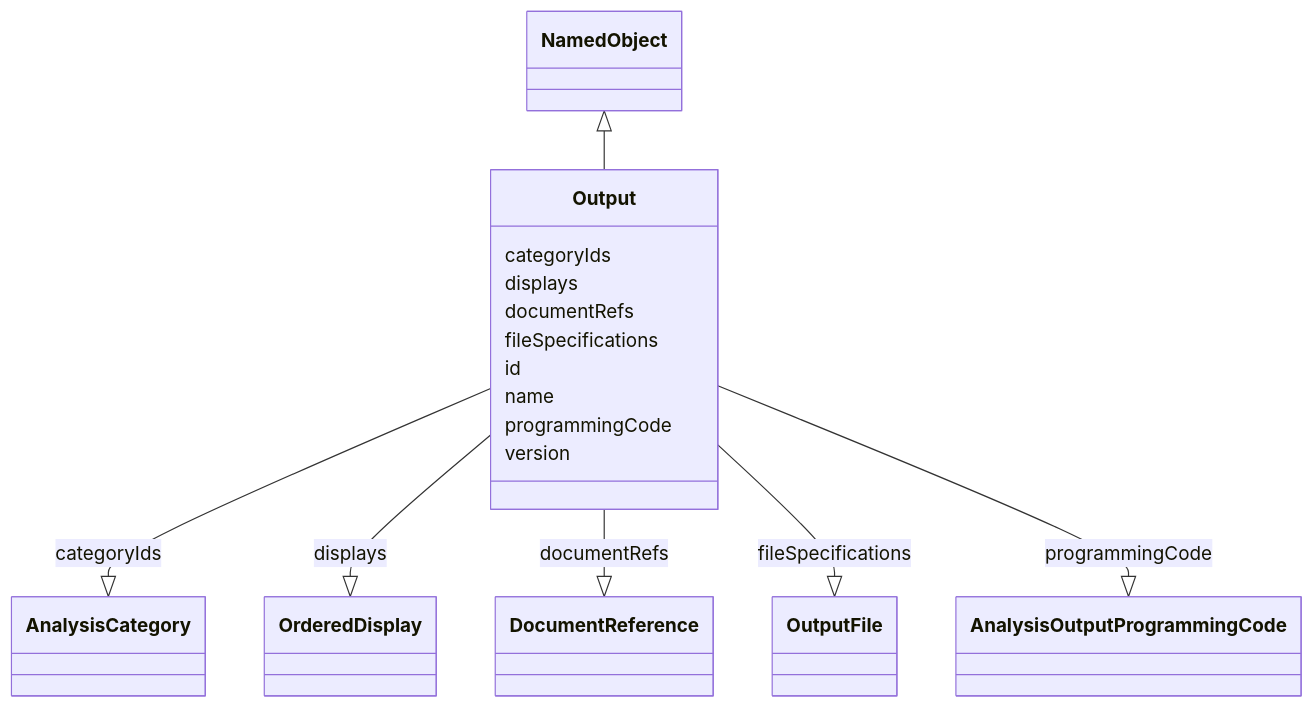
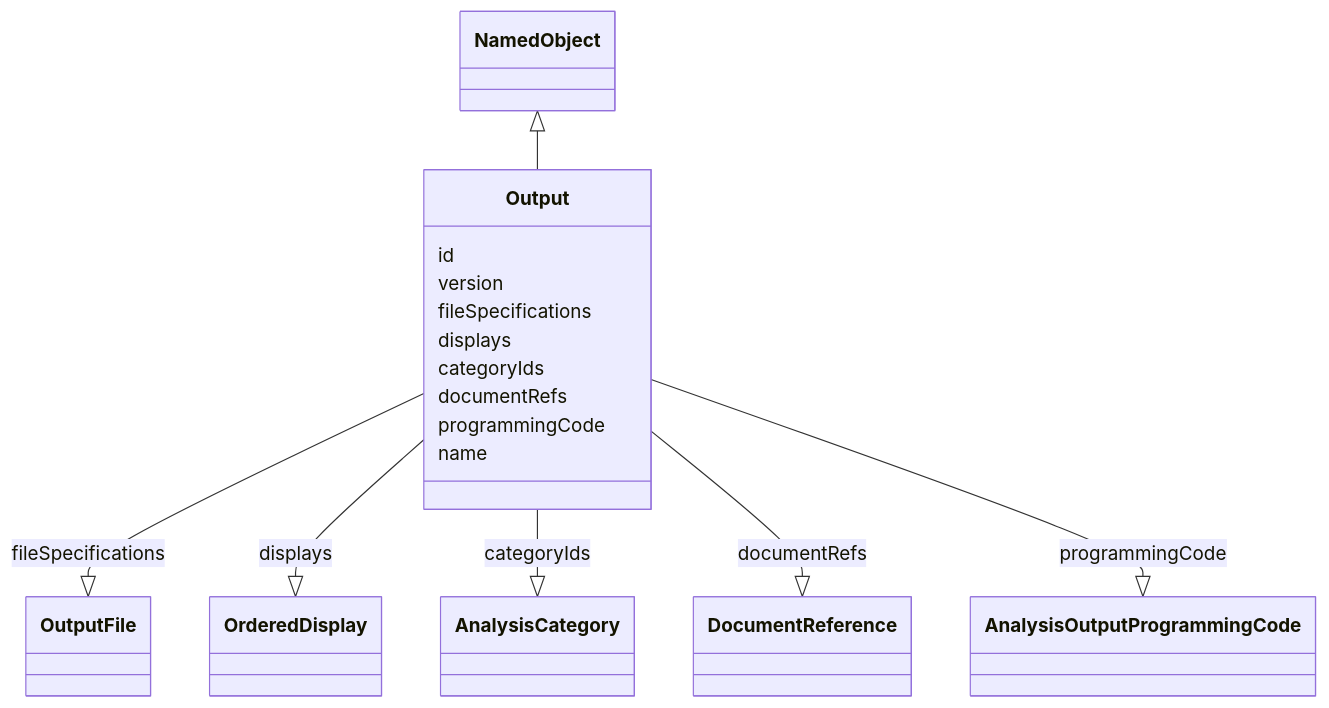
The diagram in project/docs/Output.md (cdisc-org/analysis-results-standard), drawn with Mermaid before and after one commit. The commit also changed other lines of this file and 192 other files, not shown here.

````diff
--- a/project/docs/Output.md
+++ b/project/docs/Output.md
@@ -15,33 +13,20 @@
 ```mermaid
  classDiagram
     class Output
       NamedObject <|-- Output
-      
-      Output : categoryIds
+
+      Output : id
+        Output : version
+        Output : fileSpecifications
+        Output --|> OutputFile : fileSpecifications
+        Output : displays
+        Output --|> OrderedDisplay : displays
+        Output : categoryIds
+        Output --|> AnalysisCategory : categoryIds
+        Output : documentRefs
+        Output --|> DocumentReference : documentRefs
+        Output : programmingCode
+        Output --|> AnalysisOutputProgrammingCode : programmingCode
+        Output : name
         
-          Output --|> AnalysisCategory : categoryIds
-        
-      Output : displays
-        
-          Output --|> OrderedDisplay : displays
-        
-      Output : documentRefs
-        
-          Output --|> DocumentReference : documentRefs
-        
-      Output : fileSpecifications
-        
-          Output --|> OutputFile : fileSpecifications
-        
-      Output : id
-        
-      Output : name
-        
-      Output : programmingCode
-        
-          Output --|> AnalysisOutputProgrammingCode : programmingCode
-        
-      Output : version
-        
-      
 ```
````
